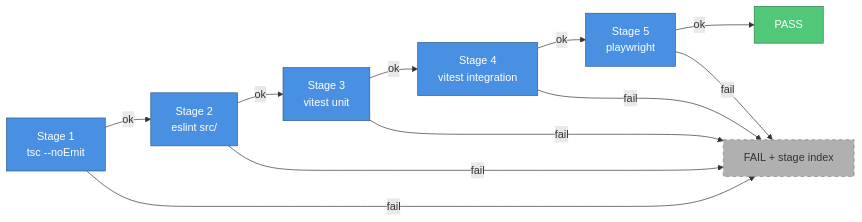
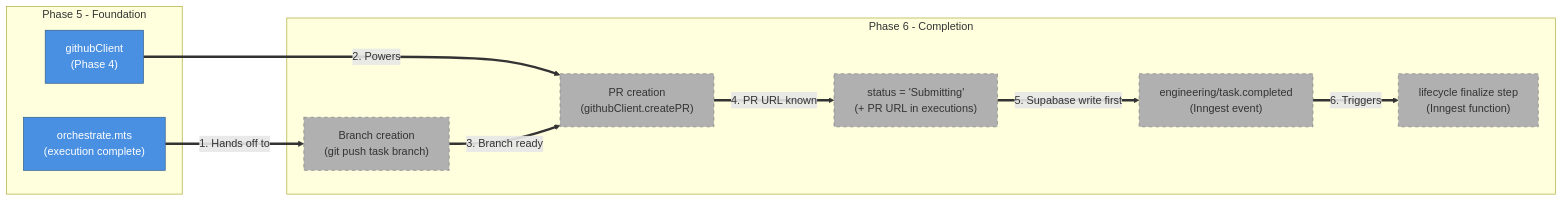
One commit to viiqswim/dozaldevs-ai-employee changed the third of 3 diagrams in docs/2026-03-30-1511-phase5-execution-agent.md. Above: the diagram before and after it, drawn with Mermaid. The commit also changed other lines of this file, not shown here.

Commit message:
docs: update Phase 5 completion doc with final content

````diff
--- a/docs/2026-03-30-1511-phase5-execution-agent.md
+++ b/docs/2026-03-30-1511-phase5-execution-agent.md
@@ -238,25 +535,25 @@
 ```mermaid
 flowchart LR
-    S1["Stage 1\ntsc --noEmit"]:::service
-    S2["Stage 2\neslint src/"]:::service
-    S3["Stage 3\nvitest unit"]:::service
-    S4["Stage 4\nvitest integration"]:::service
-    S5["Stage 5\nplaywright"]:::service
-    PASS["PASS"]:::event
-    FAIL["FAIL + stage index"]:::future
+    subgraph Phase 5 - Foundation
+        ORCH["orchestrate.mts\n(execution complete)"]:::service
+        GH["githubClient\n(Phase 4)"]:::service
+    end
 
-    S1 -->|"ok"| S2
-    S2 -->|"ok"| S3
-    S3 -->|"ok"| S4
-    S4 -->|"ok"| S5
-    S5 -->|"ok"| PASS
-    S1 -->|"fail"| FAIL
-    S2 -->|"fail"| FAIL
-    S3 -->|"fail"| FAIL
-    S4 -->|"fail"| FAIL
-    S5 -->|"fail"| FAIL
+    subgraph Phase 6 - Completion
+        BRANCH["Branch creation\n(git push task branch)"]:::future
+        PR["PR creation\n(githubClient.createPR)"]:::future
+        STATUS["status = 'Submitting'\n(+ PR URL in executions)"]:::future
+        EVENT["engineering/task.completed\n(Inngest event)"]:::future
+        FINALIZE["lifecycle finalize step\n(Inngest function)"]:::future
+    end
+
+    ORCH ==>|"1. Hands off to"| BRANCH
+    GH ==>|"2. Powers"| PR
+    BRANCH ==>|"3. Branch ready"| PR
+    PR ==>|"4. PR URL known"| STATUS
+    STATUS ==>|"5. Supabase write first"| EVENT
+    EVENT ==>|"6. Triggers"| FINALIZE
 
     classDef service fill:#4A90E2,stroke:#2E5C8A,color:#fff
     classDef future fill:#B0B0B0,stroke:#808080,color:#333,stroke-dasharray:5
-    classDef event fill:#50C878,stroke:#2D7A4A,color:#fff
 ```
````
